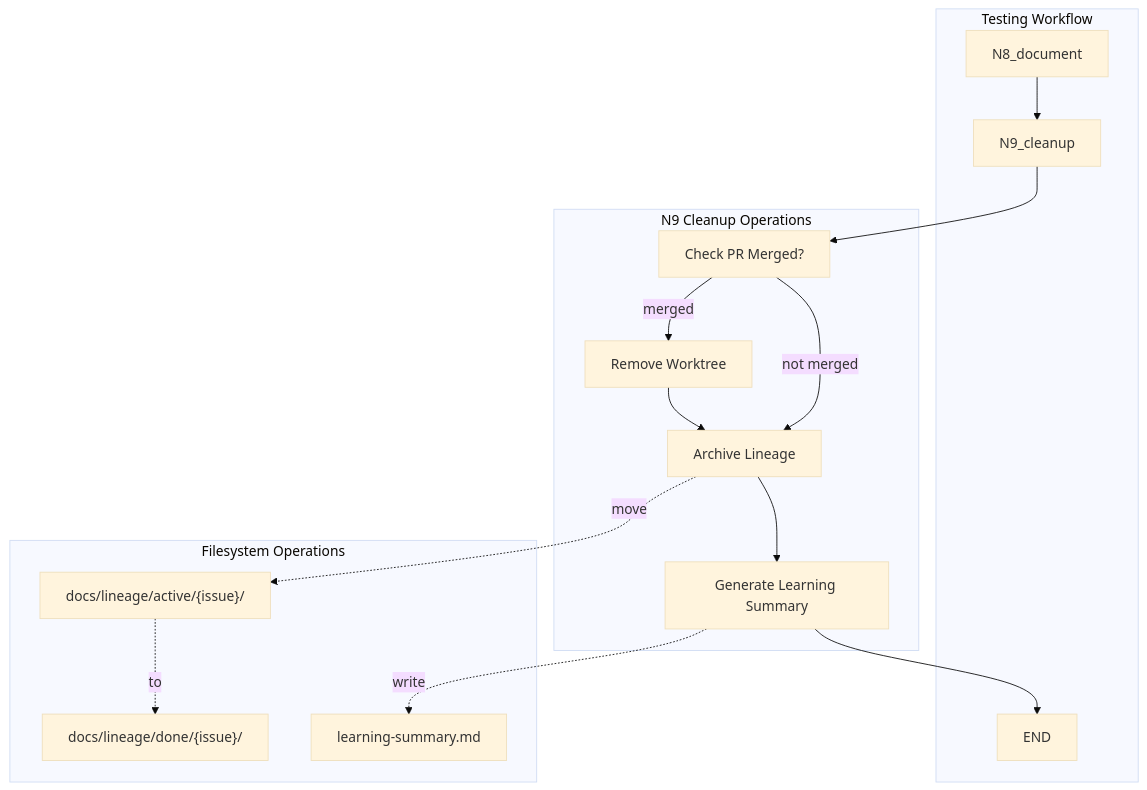
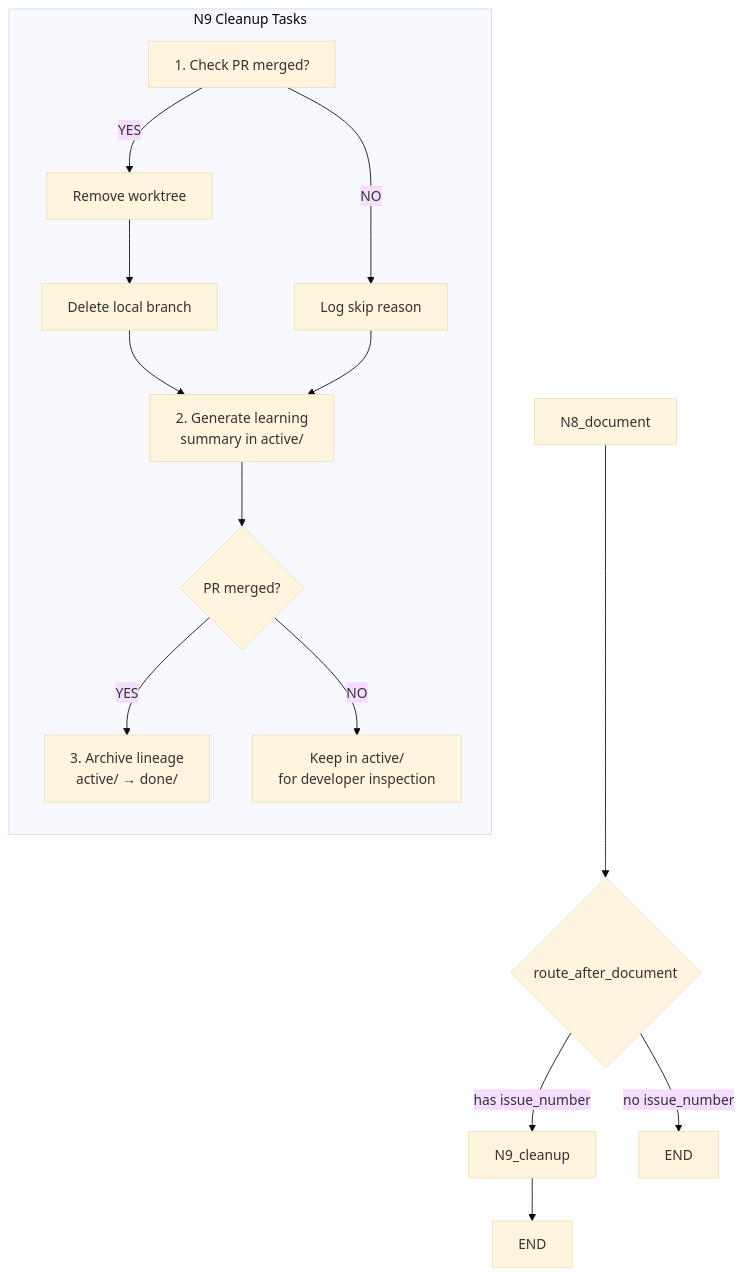
One commit to martymcenroe/AssemblyZero changed the diagram in docs/lld/active/LLD-180.md. Above: the diagram before and after it, drawn with Mermaid (base theme). The commit also changed other lines of this file and 6 other files, not shown here.

````diff
--- a/docs/lld/active/LLD-180.md
+++ b/docs/lld/active/LLD-180.md
@@ -333,33 +490,20 @@
 ```mermaid
-flowchart TB
-    subgraph Workflow["Testing Workflow"]
-        N8["N8_document"]
-        N9["N9_cleanup"]
-        END_NODE["END"]
+flowchart TD
+    N8["N8_document"] --> R{"route_after_document"}
+    R -->|"has issue_number"| N9["N9_cleanup"]
+    R -->|"no issue_number"| END_A["END"]
+    N9 --> END_B["END"]
+
+    subgraph N9_cleanup_detail["N9 Cleanup Tasks"]
+        direction TB
+        C1["1. Check PR merged?"]
+        C1 -->|"YES"| C2["Remove worktree"]
+        C2 --> C3["Delete local branch"]
+        C1 -->|"NO"| C4["Log skip reason"]
+        C3 --> C5["2. Generate learning<br/>summary in active/"]
+        C4 --> C5
+        C5 --> C6{"PR merged?"}
+        C6 -->|"YES"| C7["3. Archive lineage<br/>active/ → done/"]
+        C6 -->|"NO"| C8["Keep in active/<br/>for developer inspection"]
     end
-    
-    subgraph N9_Internal["N9 Cleanup Operations"]
-        CHECK["Check PR Merged?"]
-        WORKTREE["Remove Worktree"]
-        ARCHIVE["Archive Lineage"]
-        SUMMARY["Generate Learning Summary"]
-    end
-    
-    N8 --> N9
-    N9 --> CHECK
-    CHECK -->|merged| WORKTREE
-    CHECK -->|not merged| ARCHIVE
-    WORKTREE --> ARCHIVE
-    ARCHIVE --> SUMMARY
-    SUMMARY --> END_NODE
-    
-    subgraph Filesystem["Filesystem Operations"]
-        ACTIVE["docs/lineage/active/{issue}/"]
-        DONE["docs/lineage/done/{issue}/"]
-        LEARN["learning-summary.md"]
-    end
-    
-    ARCHIVE -.->|move| ACTIVE
-    ACTIVE -.->|to| DONE
-    SUMMARY -.->|write| LEARN
 ```
````
